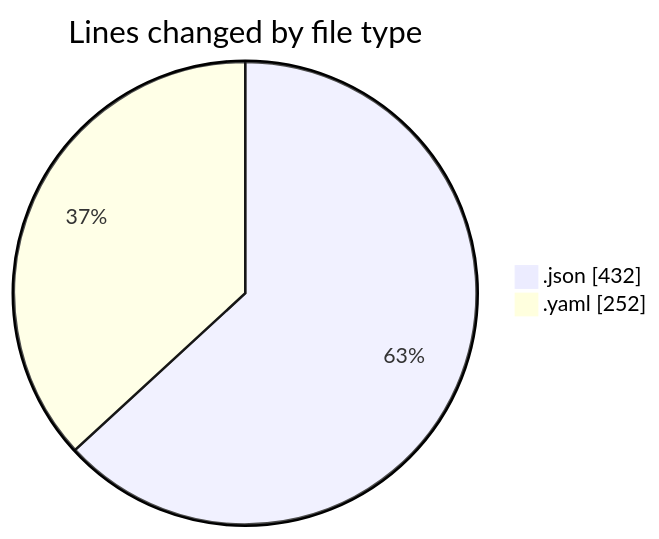
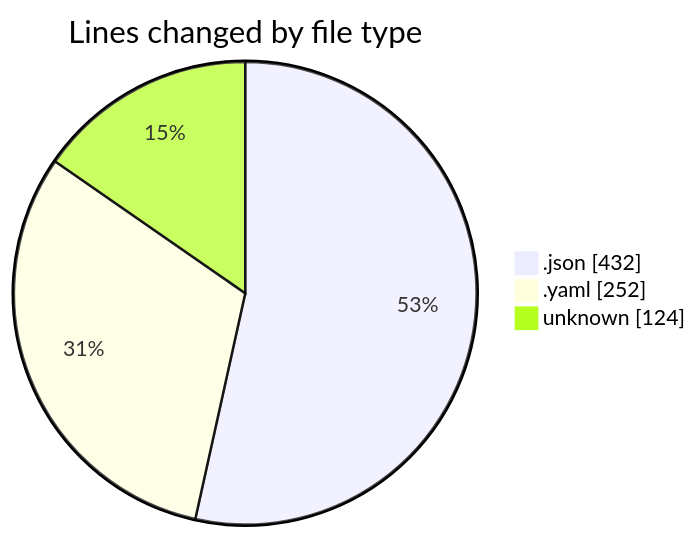
Before and after one commit to EIIisD/code-tracking: the first of 2 diagrams in 2025-08-03/macrowhisper/README.md, drawn with Mermaid. The commit also changed other lines of this file and 1 other file, not shown here.

````diff
--- a/2025-08-03/macrowhisper/README.md
+++ b/2025-08-03/macrowhisper/README.md
@@ -23,6 +24,7 @@
 ```mermaid
 pie showData
 title Lines changed by file type
 ".json" : 432
 ".yaml" : 252
+"unknown" : 124
 ```
````
